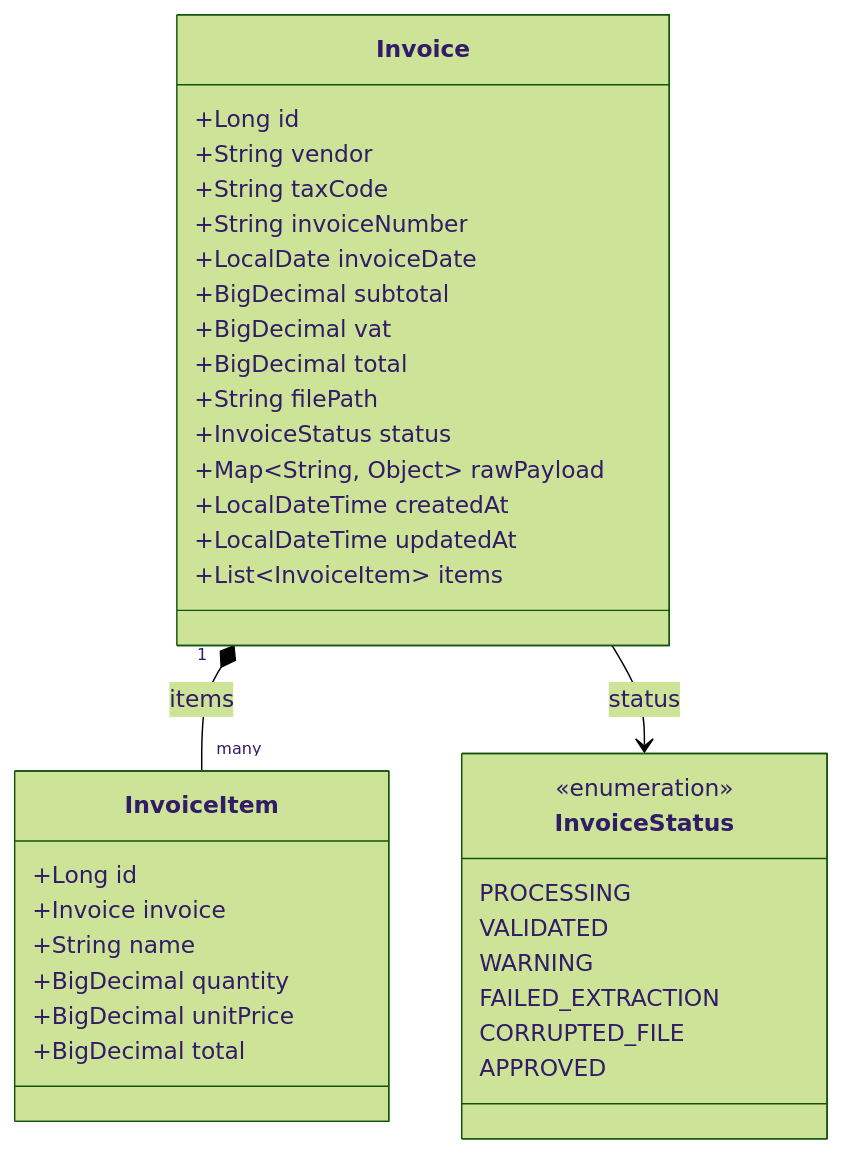
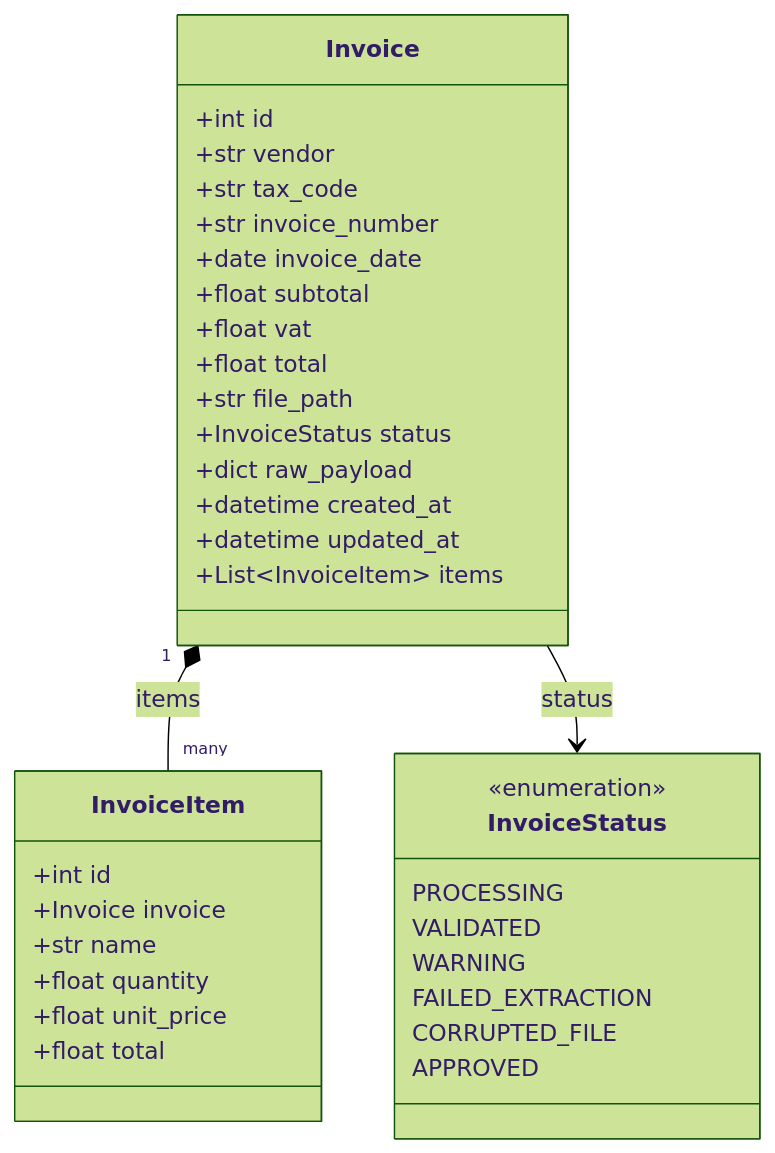
Before and after one commit to LuongHaMinhVy/ocr-invoice-engine: the third of 4 diagrams in docs/02-Design/SAD-001-ocr-invoice-architecture.md, drawn with Mermaid (forest theme). The commit also changed other lines of this file and 6 other files, not shown here.

````diff
--- a/docs/02-Design/SAD-001-ocr-invoice-architecture.md
+++ b/docs/02-Design/SAD-001-ocr-invoice-architecture.md
@@ -138,38 +138,38 @@
 ```mermaid
 classDiagram
     class Invoice {
-        +Long id
-        +String vendor
-        +String taxCode
-        +String invoiceNumber
-        +LocalDate invoiceDate
-        +BigDecimal subtotal
-        +BigDecimal vat
-        +BigDecimal total
-        +String filePath
+        +int id
+        +str vendor
+        +str tax_code
+        +str invoice_number
+        +date invoice_date
+        +float subtotal
+        +float vat
+        +float total
+        +str file_path
         +InvoiceStatus status
-        +Map~String, Object~ rawPayload
-        +LocalDateTime createdAt
-        +LocalDateTime updatedAt
+        +dict raw_payload
+        +datetime created_at
+        +datetime updated_at
         +List~InvoiceItem~ items
     }
     class InvoiceItem {
-        +Long id
+        +int id
         +Invoice invoice
-        +String name
-        +BigDecimal quantity
-        +BigDecimal unitPrice
-        +BigDecimal total
+        +str name
+        +float quantity
+        +float unit_price
+        +float total
     }
     class InvoiceStatus {
         <<enumeration>>
         PROCESSING
         VALIDATED
         WARNING
         FAILED_EXTRACTION
         CORRUPTED_FILE
         APPROVED
     }
     Invoice "1" *-- "many" InvoiceItem : items
     Invoice --> InvoiceStatus : status
 ```
````
